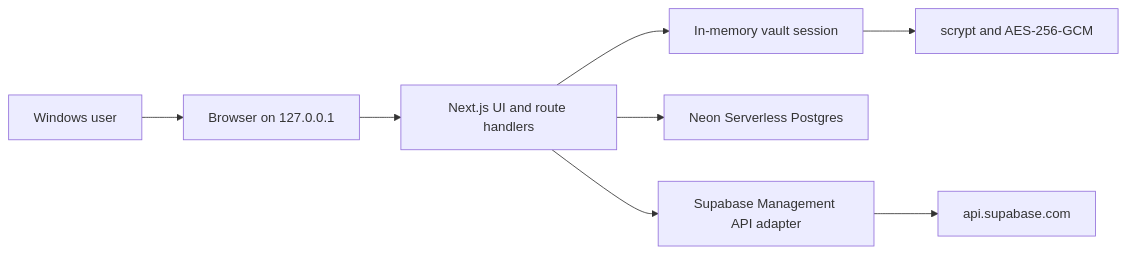
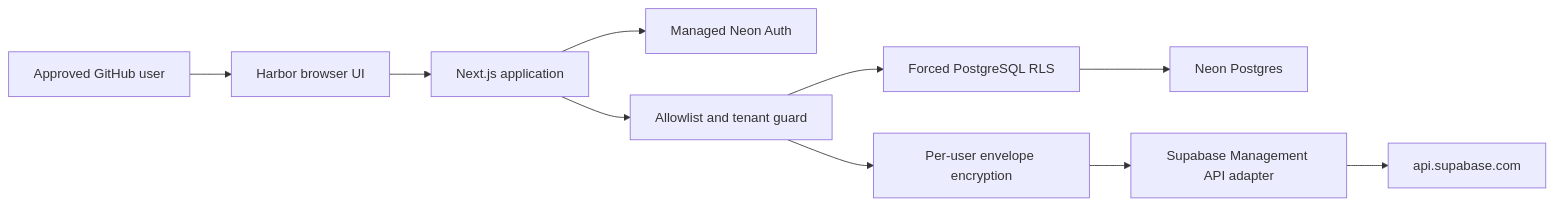
One commit to krishna0605/supabase-harbor changed the diagram in README.md. Above: the diagram before and after it, drawn with Mermaid. The commit also changed other lines of this file and 10 other files, not shown here.

````diff
--- a/README.md
+++ b/README.md
@@ -41,19 +41,23 @@
 ```mermaid
 flowchart LR
-    User["Windows user"]
-    Browser["Browser on 127.0.0.1"]
-    Next["Next.js UI and route handlers"]
-    Session["In-memory vault session"]
-    Crypto["scrypt and AES-256-GCM"]
-    Neon["Neon Serverless Postgres"]
+    User["Approved GitHub user"]
+    Browser["Harbor browser UI"]
+    Next["Next.js application"]
+    Auth["Managed Neon Auth"]
+    Guard["Allowlist and tenant guard"]
+    Crypto["Per-user envelope encryption"]
+    RLS["Forced PostgreSQL RLS"]
+    Neon["Neon Postgres"]
     Adapter["Supabase Management API adapter"]
     Supabase["api.supabase.com"]
 
     User --> Browser
     Browser --> Next
-    Next --> Session
-    Session --> Crypto
-    Next --> Neon
-    Next --> Adapter
+    Next --> Auth
+    Next --> Guard
+    Guard --> Crypto
+    Guard --> RLS
+    RLS --> Neon
+    Crypto --> Adapter
     Adapter --> Supabase
 ```
````
